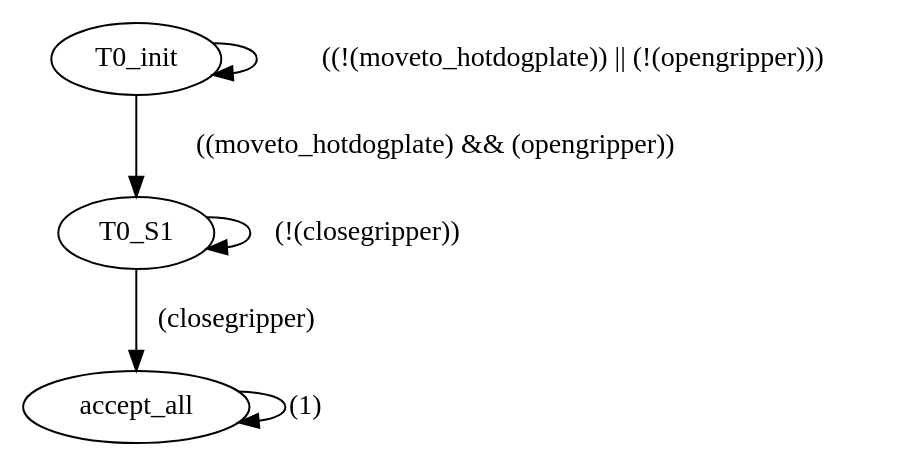
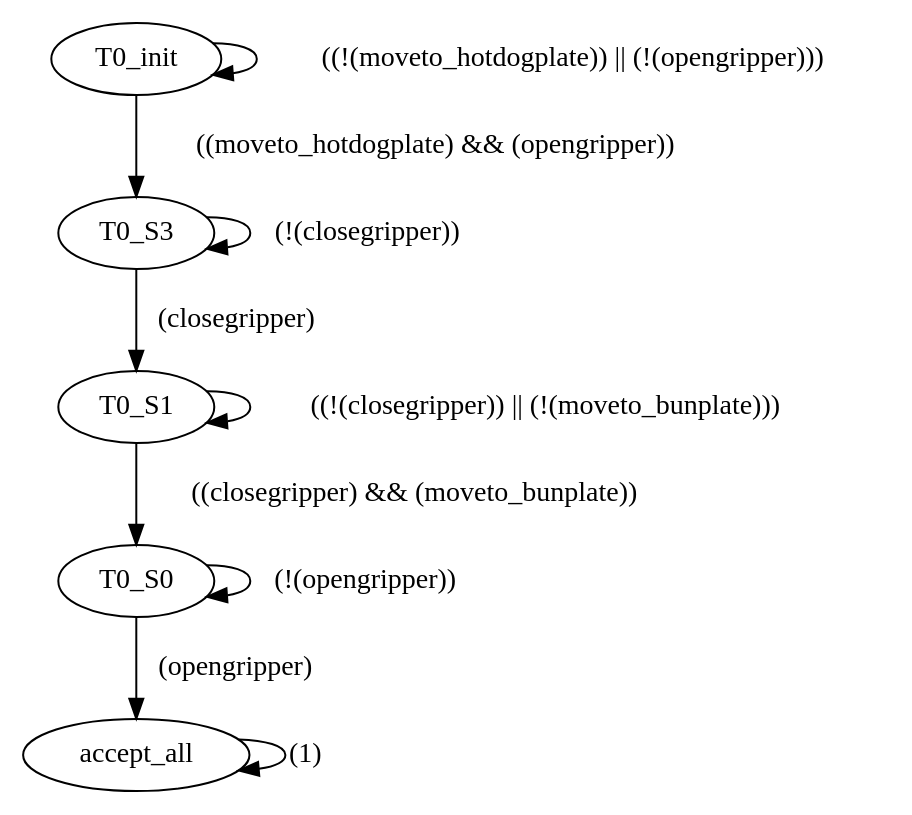
Before and after one commit to xli4217/cbf_learning_feasibility: the diagram in docker/dirs-to-copy/skills/figures/pick_hotdog.dot, drawn with Graphviz. The commit also changed 15 other files, not shown here.

```diff
--- a/docker/dirs-to-copy/skills/figures/pick_hotdog.dot
+++ b/docker/dirs-to-copy/skills/figures/pick_hotdog.dot
@@ -1,10 +1,16 @@
 digraph "" {
+T0_S3;
 T0_init;
+T0_S0;
 T0_S1;
 accept_all;
-T0_init -> T0_init  [guard="((!(moveto_hotdogplate)) || (!(opengripper)))", input="set([0, 1, 2, 3, 4, 5])", key=0, label="((!(moveto_hotdogplate)) || (!(opengripper)))", weight=0];
-T0_init -> T0_S1  [guard="((moveto_hotdogplate) && (opengripper))", input="set([6, 7])", key=0, label="((moveto_hotdogplate) && (opengripper))", weight=0];
-T0_S1 -> T0_S1  [guard="(!(closegripper))", input="set([0, 2, 4, 6])", key=0, label="(!(closegripper))", weight=0];
-T0_S1 -> accept_all  [guard="(closegripper)", input="set([1, 3, 5, 7])", key=0, label="(closegripper)", weight=0];
-accept_all -> accept_all  [guard="(1)", input="set([0, 1, 2, 3, 4, 5, 6, 7])", key=0, label="(1)", weight=0];
+T0_S3 -> T0_S3  [guard="(!(closegripper))", input="set([0, 2, 4, 6, 8, 10, 12, 14])", key=0, label="(!(closegripper))", weight=0];
+T0_S3 -> T0_S1  [guard="(closegripper)", input="set([1, 3, 5, 7, 9, 11, 13, 15])", key=0, label="(closegripper)", weight=0];
+T0_init -> T0_S3  [guard="((moveto_hotdogplate) && (opengripper))", input="set([15, 14, 6, 7])", key=0, label="((moveto_hotdogplate) && (opengripper))", weight=0];
+T0_init -> T0_init  [guard="((!(moveto_hotdogplate)) || (!(opengripper)))", input="set([0, 1, 2, 3, 4, 5, 8, 9, 10, 11, 12, 13])", key=0, label="((!(moveto_hotdogplate)) || (!(opengripper)))", weight=0];
+T0_S0 -> T0_S0  [guard="(!(opengripper))", input="set([0, 1, 4, 5, 8, 9, 12, 13])", key=0, label="(!(opengripper))", weight=0];
+T0_S0 -> accept_all  [guard="(opengripper)", input="set([2, 3, 6, 7, 10, 11, 14, 15])", key=0, label="(opengripper)", weight=0];
+T0_S1 -> T0_S1  [guard="((!(closegripper)) || (!(moveto_bunplate)))", input="set([0, 1, 2, 3, 4, 5, 6, 7, 8, 10, 12, 14])", key=0, label="((!(closegripper)) || (!(moveto_bunplate)))", weight=0];
+T0_S1 -> T0_S0  [guard="((closegripper) && (moveto_bunplate))", input="set([9, 11, 13, 15])", key=0, label="((closegripper) && (moveto_bunplate))", weight=0];
+accept_all -> accept_all  [guard="(1)", input="set([0, 1, 2, 3, 4, 5, 6, 7, 8, 9, 10, 11, 12, 13, 14, 15])", key=0, label="(1)", weight=0];
 }
```
